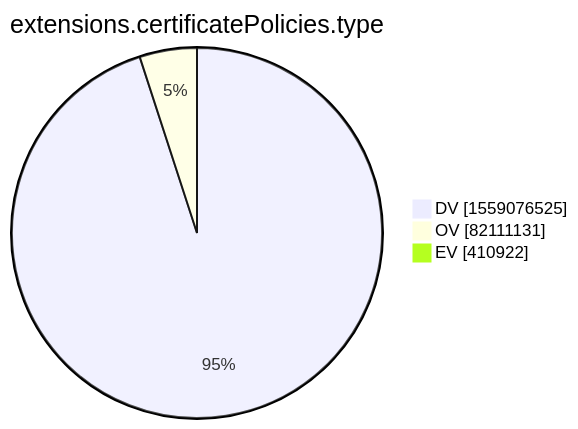
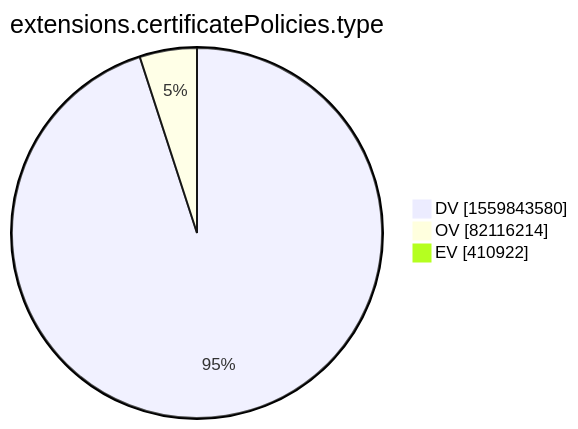
The tenth of 15 diagrams in xenon2022/README.md (christiankrug/ctmonitor_visualization), drawn with Mermaid before and after one commit. The commit also changed other lines of this file, not shown here.

````diff
--- a/xenon2022/README.md
+++ b/xenon2022/README.md
@@ -2876,7 +2876,7 @@
 ```mermaid
 pie showData
 title extensions.certificatePolicies.type
-"DV" :1559076525
-"OV" :82111131
+"DV" :1559843580
+"OV" :82116214
 "EV" :410922
 ```
````
